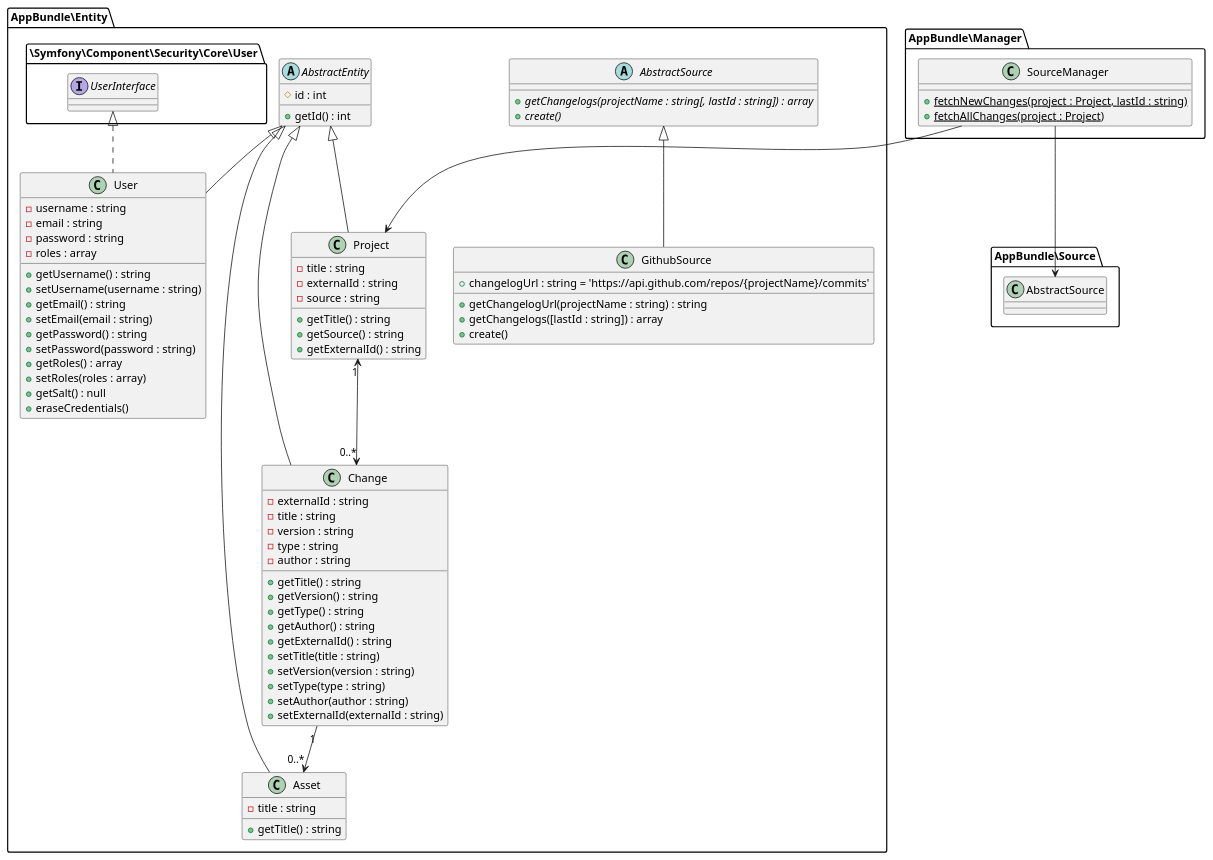
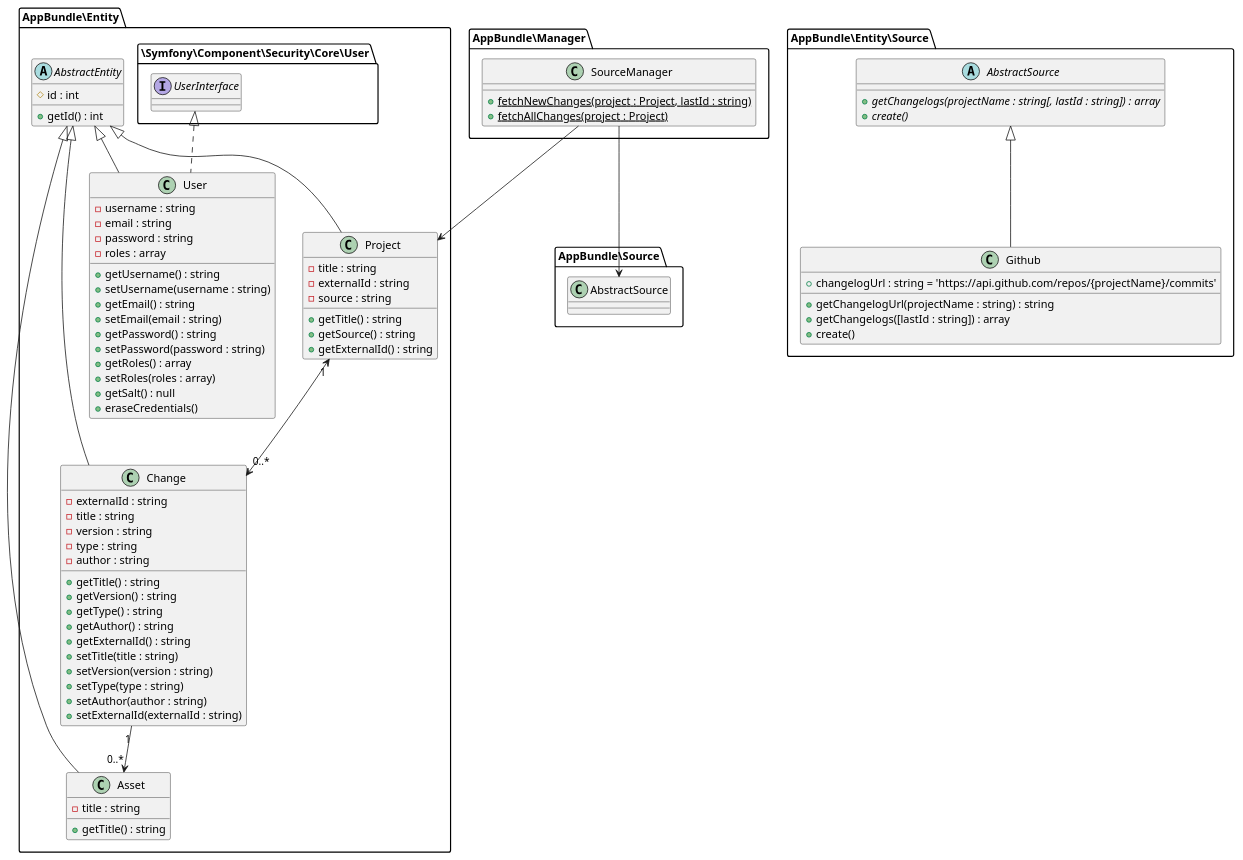
The diagram in src/AppBundle/Documentation/entities.puml (saitho/changebrowser), drawn with PlantUML before and after one commit. The commit also changed 3 other files, not shown here.

```diff
--- a/src/AppBundle/Documentation/entities.puml
+++ b/src/AppBundle/Documentation/entities.puml
@@ -1,81 +1,82 @@
 @startuml
 
 AppBundle\Manager.SourceManager --> AppBundle\Entity.Project
 AppBundle\Manager.SourceManager --> AppBundle\Source.AbstractSource
 
 namespace AppBundle\Manager {
     class SourceManager {
         + {static} fetchNewChanges(project : Project, lastId : string)
         + {static} fetchAllChanges(project : Project)
     }
 }
 
-
-namespace AppBundle\Entity {
+namespace AppBundle\Entity\Source {
     abstract class AbstractSource {
         {abstract} + getChangelogs(projectName : string[, lastId : string]) : array
         {abstract} + create()
     }
-    class GithubSource extends AbstractSource {
+    class Github extends AbstractSource {
         + changelogUrl : string = 'https://api.github.com/repos/{projectName}/commits'
         + getChangelogUrl(projectName : string) : string
         + getChangelogs([lastId : string]) : array
         + create()
     }
+}
 
+namespace AppBundle\Entity {
     abstract class AbstractEntity {
         # id : int
         + getId() : int
     }
     class Asset extends AbstractEntity {
         - title : string
         + getTitle() : string
     }
     class Change extends AbstractEntity {
         - externalId : string
         - title : string
         - version : string
         - type : string
         - author : string
         + getTitle() : string
         + getVersion() : string
         + getType() : string
         + getAuthor() : string
         + getExternalId() : string
         + setTitle(title : string)
         + setVersion(version : string)
         + setType(type : string)
         + setAuthor(author : string)
         + setExternalId(externalId : string)
     }
     class Project extends AbstractEntity {
         - title : string
         - externalId : string
         - source : string
         + getTitle() : string
         + getSource() : string
         + getExternalId() : string
     }
     class User extends AbstractEntity implements \Symfony\Component\Security\Core\User.UserInterface {
         - username : string
         - email : string
         - password : string
         - roles : array
         + getUsername() : string
         + setUsername(username : string)
         + getEmail() : string
         + setEmail(email : string)
         + getPassword() : string
         + setPassword(password : string)
         + getRoles() : array
         + setRoles(roles : array)
         + getSalt() : null
         + eraseCredentials()
     }
 
     Change "1" --> "0..*" Asset
     Project "1" <--> "0..*" Change
 }
 
 
 @enduml
```
